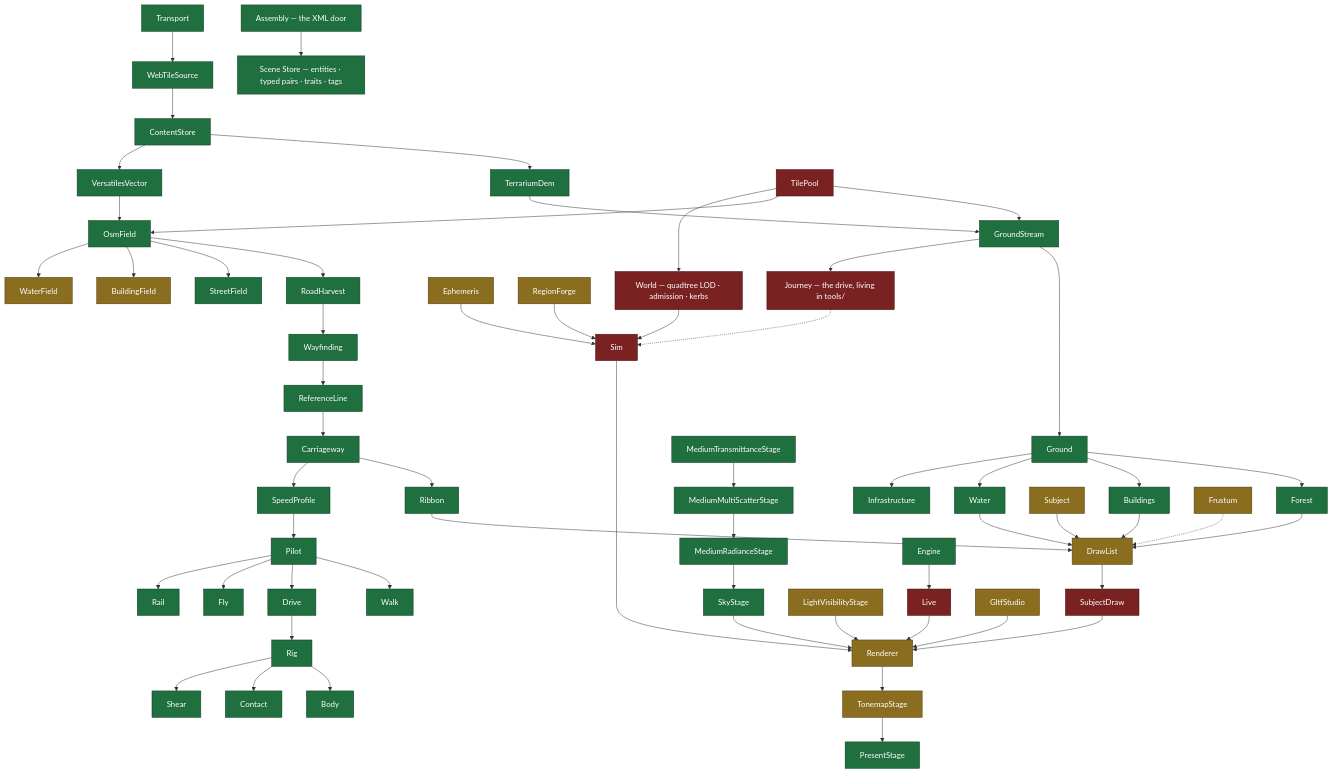
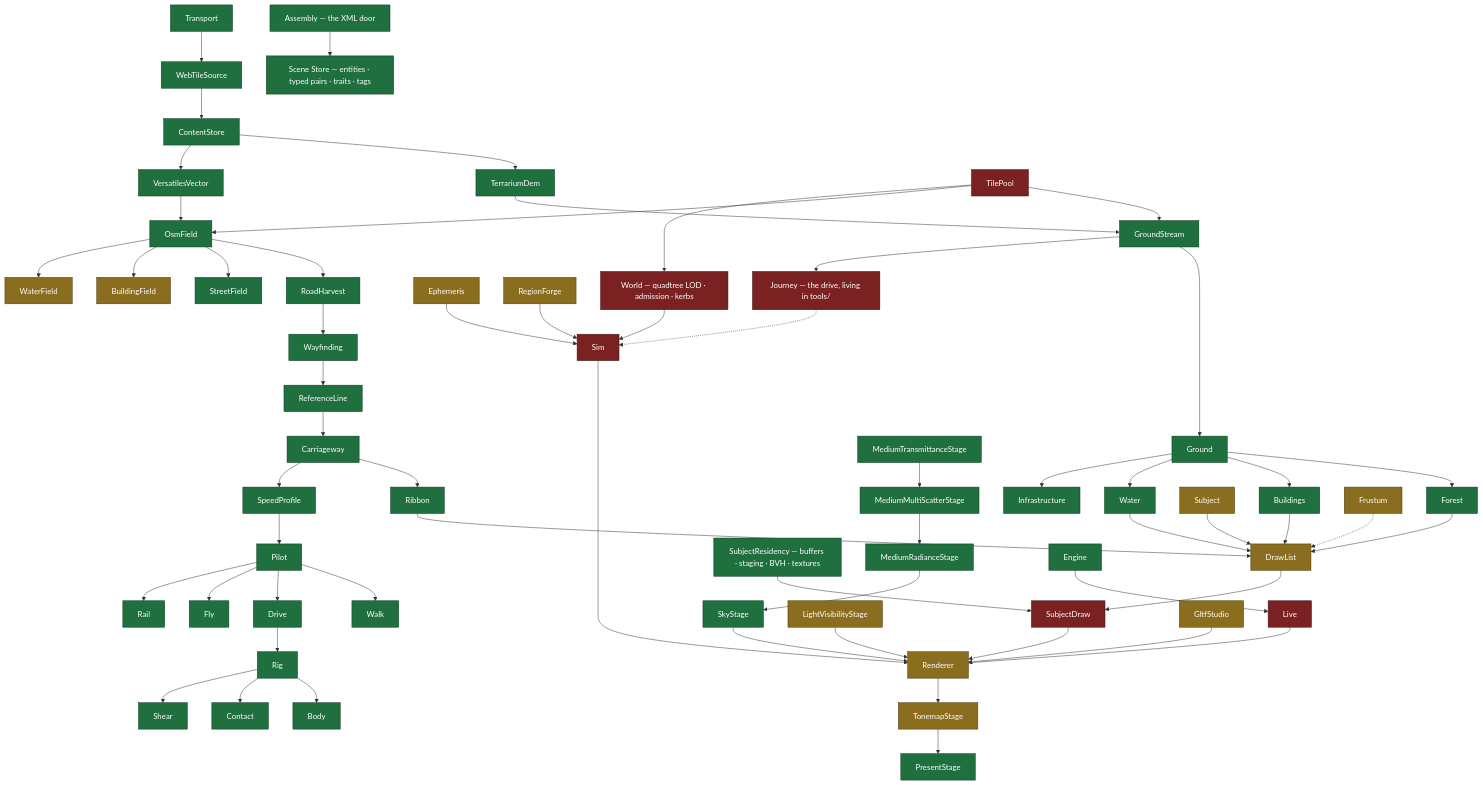
The sixth of 11 diagrams in CLAUDE.md (Weichwolf/outshine), drawn with Mermaid before and after one commit. The commit also changed 1 other file, not shown here.

Commit message:
board:1577 closed -- the subject unit splits along its seams, and the plan's table drives the dispatch
All five boxes proven: shader text in its own header, residency in its own unit, the executor
table, one naming convention, dead stars deleted. Shader 42/42, scenario 6/6 quiet, frame p99
at 42.5% of budget. The map gains SubjectResidency green; SubjectDraw stays red only for the
instancing/cull hole and the glass clone, which are 1538 and 1574.

````diff
--- a/CLAUDE.md
+++ b/CLAUDE.md
@@ -160,33 +160,34 @@
 ```mermaid
 flowchart TD
   Transport --> WebTileSource --> ContentStore --> TerrariumDem & VersatilesVector
   TerrariumDem --> GroundStream
   TilePool --> GroundStream & OsmField
   VersatilesVector --> OsmField --> RoadHarvest --> Wayfinding
   OsmField --> StreetField & BuildingField & WaterField
   GroundStream --> Ground --> Forest & Buildings & Water & Infrastructure
   Wayfinding --> ReferenceLine --> Carriageway --> Ribbon
   Carriageway --> SpeedProfile --> Pilot --> Walk & Drive & Fly & Rail
   Drive --> Rig --> Body
   Rig --> Contact & Shear
   Forest & Buildings & Water & Ribbon & Subject --> DrawList
   DrawList --> SubjectDraw --> Renderer
+  SubjectResidency["SubjectResidency — buffers · staging · BVH · textures"] --> SubjectDraw
   MediumTransmittanceStage --> MediumMultiScatterStage --> MediumRadianceStage --> SkyStage --> Renderer
   LightVisibilityStage --> Renderer --> TonemapStage --> PresentStage
   Live --> Renderer
   Ephemeris & RegionForge --> Sim --> Renderer
   Frustum -.-> DrawList
   TilePool --> World["World — quadtree LOD · admission · kerbs"] --> Sim
   GroundStream --> Journey["Journey — the drive, living in tools/"]
   Journey -.-> Sim
   Engine --> Live
   GltfStudio --> Renderer
   Assembly["Assembly — the XML door"] --> SceneStore["Scene Store — entities · typed pairs · traits · tags"]
 
   classDef sound fill:#1f6f3f,stroke:#0d3b21,color:#fff
   classDef unsure fill:#8a6d1f,stroke:#4a3a0d,color:#fff
   classDef wrong fill:#7a2222,stroke:#3d1111,color:#fff
-  class Transport,WebTileSource,ContentStore,TerrariumDem,VersatilesVector,GroundStream,OsmField,RoadHarvest,Wayfinding,StreetField,Ground,Forest,Buildings,Water,Infrastructure,ReferenceLine,Carriageway,Ribbon,SpeedProfile,Pilot,Walk,Drive,Fly,Rail,Rig,Body,Contact,Shear,MediumTransmittanceStage,MediumMultiScatterStage,MediumRadianceStage,SkyStage,PresentStage,Engine,SceneStore,Assembly sound
+  class Transport,WebTileSource,ContentStore,TerrariumDem,VersatilesVector,GroundStream,OsmField,RoadHarvest,Wayfinding,StreetField,Ground,Forest,Buildings,Water,Infrastructure,ReferenceLine,Carriageway,Ribbon,SpeedProfile,Pilot,Walk,Drive,Fly,Rail,Rig,Body,Contact,Shear,MediumTransmittanceStage,MediumMultiScatterStage,MediumRadianceStage,SkyStage,PresentStage,Engine,SceneStore,Assembly,SubjectResidency sound
   class BuildingField,WaterField,Subject,DrawList,Renderer,TonemapStage,LightVisibilityStage,Frustum,Ephemeris,RegionForge,GltfStudio unsure
   class TilePool,World,SubjectDraw,Sim,Live,Journey wrong
 ```
````
